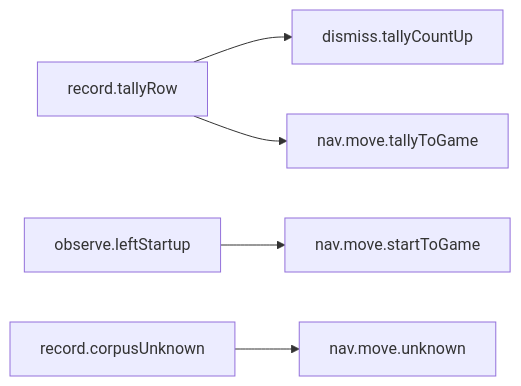
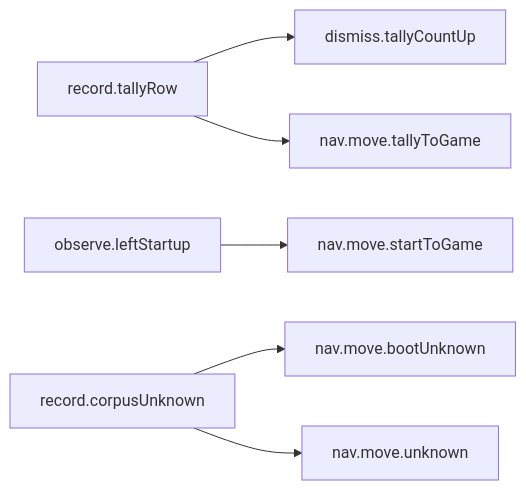
One commit to thireven/game-automation-scripts changed the second of 3 diagrams in app.gap.Tsum/PAGE_DISPATCH.md. Above: the diagram before and after it, drawn with Mermaid. The commit also changed other lines of this file and 17 other files, not shown here.

````diff
--- a/app.gap.Tsum/PAGE_DISPATCH.md
+++ b/app.gap.Tsum/PAGE_DISPATCH.md
@@ -141,7 +149,8 @@
 ```mermaid
 flowchart LR
   record_tallyRow["record.tallyRow"] --> dismiss_tallyCountUp["dismiss.tallyCountUp"]
   record_tallyRow["record.tallyRow"] --> nav_move_tallyToGame["nav.move.tallyToGame"]
   observe_leftStartup["observe.leftStartup"] --> nav_move_startToGame["nav.move.startToGame"]
+  record_corpusUnknown["record.corpusUnknown"] --> nav_move_bootUnknown["nav.move.bootUnknown"]
   record_corpusUnknown["record.corpusUnknown"] --> nav_move_unknown["nav.move.unknown"]
 ```
````
